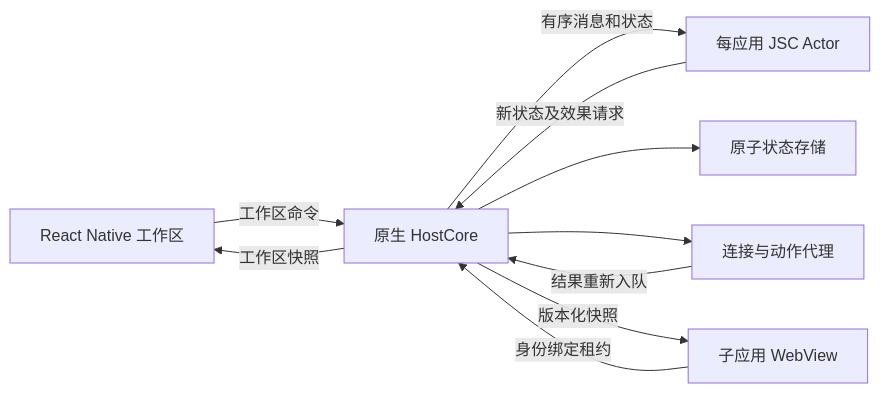
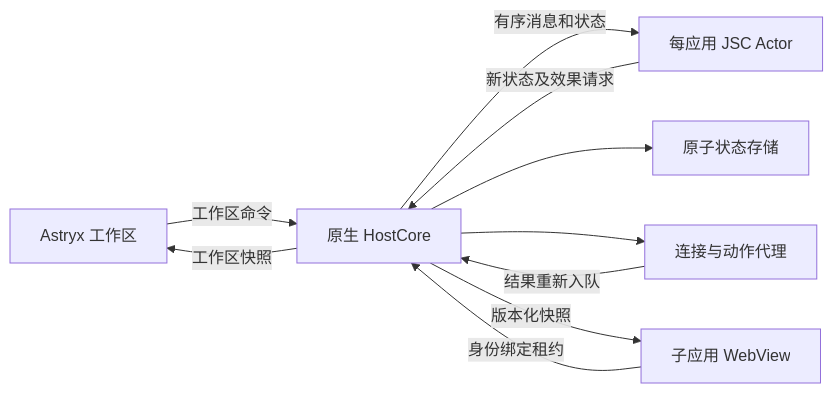
The diagram in docs/architecture/CLIENT_RUNTIME.md (dingdalong/skynet_agent), drawn with Mermaid before and after one commit. The commit also changed other lines of this file and 120 other files, not shown here.

````diff
--- a/docs/architecture/CLIENT_RUNTIME.md
+++ b/docs/architecture/CLIENT_RUNTIME.md
@@ -22,12 +22,12 @@
 ```mermaid
 flowchart LR
-    Shell[React Native 工作区] -->|工作区命令| Host[原生 HostCore]
+    Shell[Astryx 工作区] -->|工作区命令| Host[原生 HostCore]
     View[子应用 WebView] -->|身份绑定租约| Host
     Host -->|有序消息和状态| Actor[每应用 JSC Actor]
     Actor -->|新状态及效果请求| Host
     Host --> Store[原子状态存储]
     Host --> Broker[连接与动作代理]
     Broker -->|结果重新入队| Host
     Host -->|版本化快照| View
     Host -->|工作区快照| Shell
 ```
````
